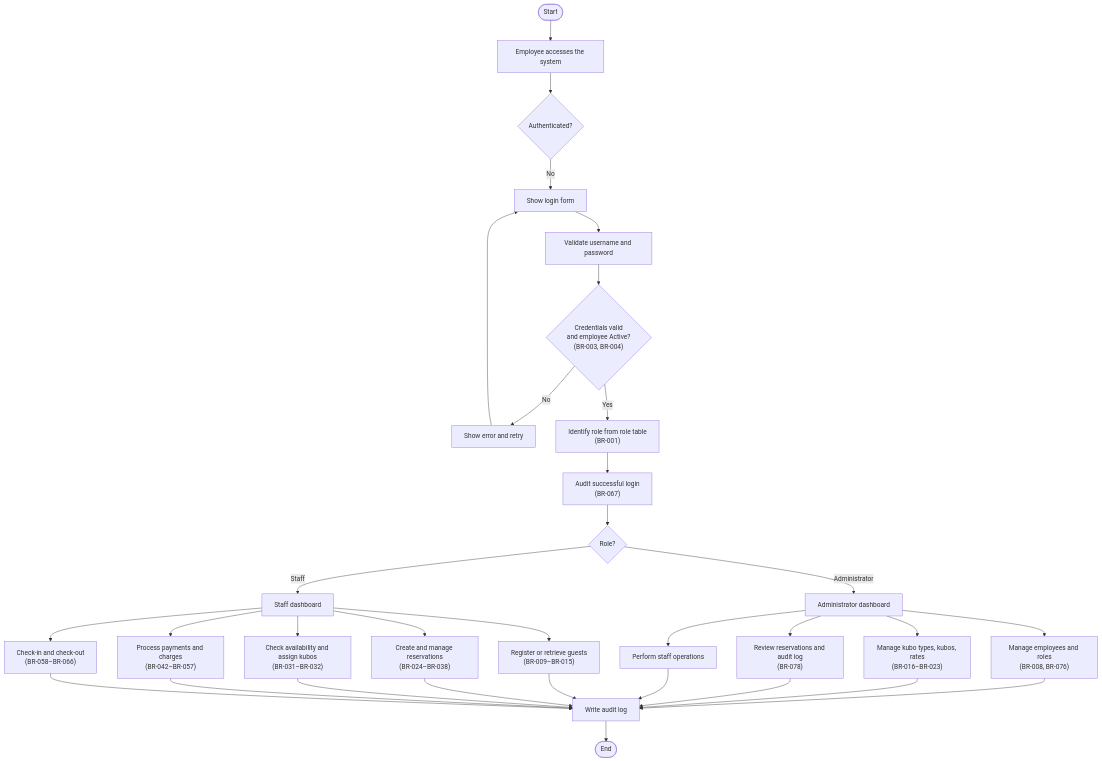
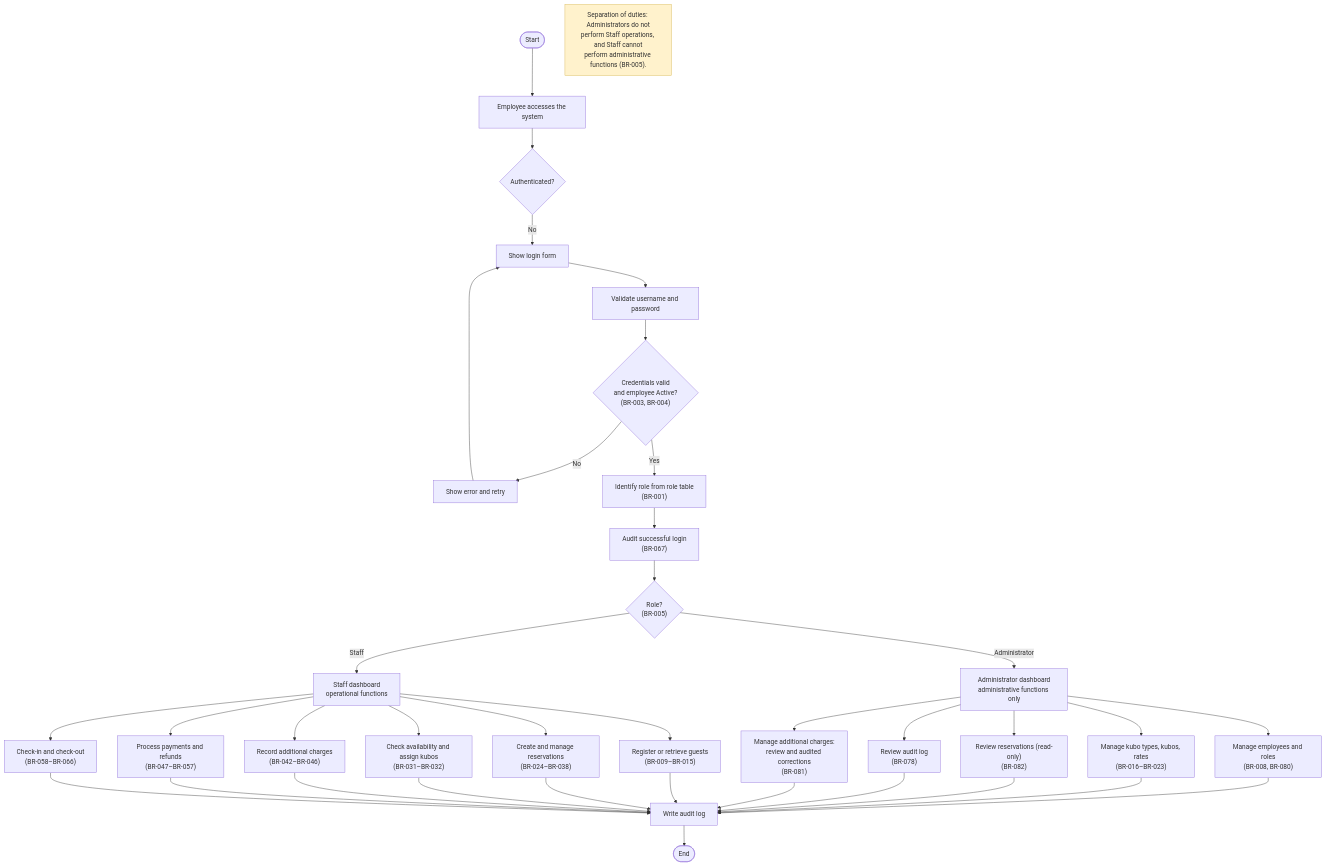
Before and after one commit to EirAndrie/KUBO_ReservationManagementSystem: the first of 14 diagrams in docs/system_flowcharts.md, drawn with Mermaid. The commit also changed other lines of this file and 8 other files, not shown here.

Commit message:
chore(backend): changes made in flowcharts related to business rules

````diff
--- a/docs/system_flowcharts.md
+++ b/docs/system_flowcharts.md
@@ -14,37 +14,44 @@
 ```mermaid
 flowchart TD
     S([Start]) --> P1["Employee accesses the system"]
     P1 --> D1{"Authenticated?"}
     D1 -->|No| P2["Show login form"]
     P2 --> P3["Validate username and password"]
     P3 --> D2{"Credentials valid<br/>and employee Active?<br/>(BR-003, BR-004)"}
     D2 -->|No| E1["Show error and retry"]
     E1 --> P2
     D2 -->|Yes| P4["Identify role from role table<br/>(BR-001)"]
     P4 --> A1["Audit successful login<br/>(BR-067)"]
-    A1 --> D3{"Role?"}
-    D3 -->|Administrator| ADM["Administrator dashboard"]
-    D3 -->|Staff| STF["Staff dashboard"]
+    A1 --> D3{"Role?<br/>(BR-005)"}
+    D3 -->|Administrator| ADM["Administrator dashboard<br/>administrative functions only"]
+    D3 -->|Staff| STF["Staff dashboard<br/>operational functions"]
 
-    ADM --> ADM1["Manage employees and roles<br/>(BR-008, BR-076)"]
+    ADM --> ADM1["Manage employees and roles<br/>(BR-008, BR-080)"]
     ADM --> ADM2["Manage kubo types, kubos, rates<br/>(BR-016–BR-023)"]
-    ADM --> ADM3["Review reservations and audit log<br/>(BR-078)"]
-    ADM --> ADM4["Perform staff operations"]
+    ADM --> ADM3["Review reservations (read-only)<br/>(BR-082)"]
+    ADM --> ADM4["Review audit log<br/>(BR-078)"]
+    ADM --> ADM5["Manage additional charges:<br/>review and audited corrections<br/>(BR-081)"]
 
     STF --> STF1["Register or retrieve guests<br/>(BR-009–BR-015)"]
     STF --> STF2["Create and manage reservations<br/>(BR-024–BR-038)"]
     STF --> STF3["Check availability and assign kubos<br/>(BR-031–BR-032)"]
-    STF --> STF4["Process payments and charges<br/>(BR-042–BR-057)"]
-    STF --> STF5["Check-in and check-out<br/>(BR-058–BR-066)"]
+    STF --> STF4["Record additional charges<br/>(BR-042–BR-046)"]
+    STF --> STF5["Process payments and refunds<br/>(BR-047–BR-057)"]
+    STF --> STF6["Check-in and check-out<br/>(BR-058–BR-066)"]
 
     ADM1 --> AUD["Write audit log"]
     ADM2 --> AUD
     ADM3 --> AUD
     ADM4 --> AUD
+    ADM5 --> AUD
     STF1 --> AUD
     STF2 --> AUD
     STF3 --> AUD
     STF4 --> AUD
     STF5 --> AUD
+    STF6 --> AUD
     AUD --> E2([End])
+
+    N1["Separation of duties: Administrators do not<br/>perform Staff operations, and Staff cannot<br/>perform administrative functions (BR-005)."]
+    style N1 fill:#fff2cc,stroke:#d6b656
 ```
````
